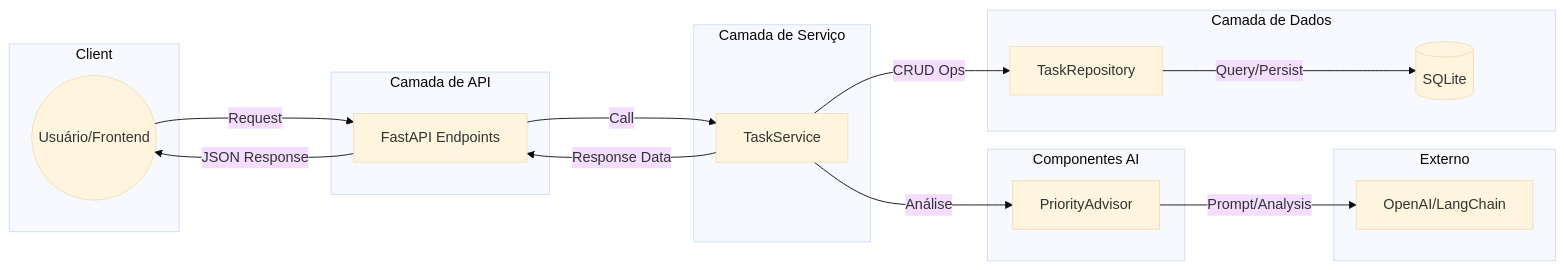
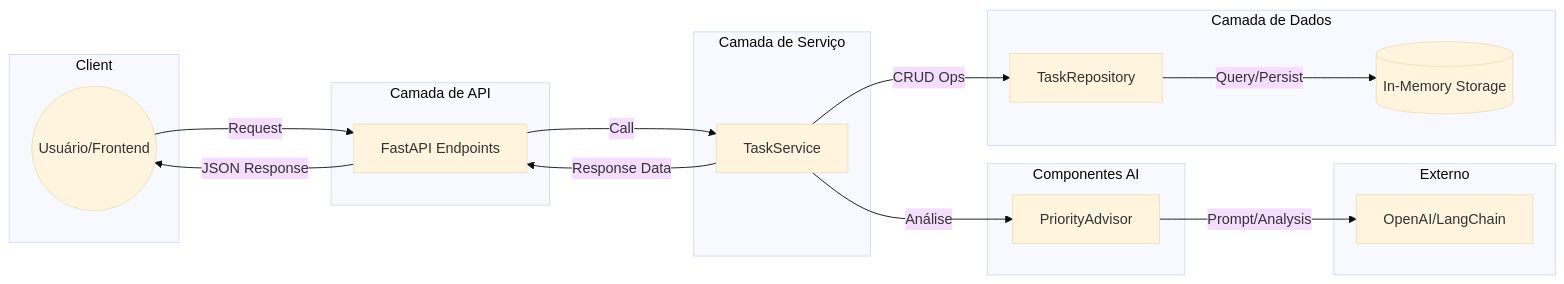
The diagram in docs/arquitetura.md (rodrigoferrazazevedo/ufg-todo-list), drawn with Mermaid (base theme) before and after one commit. The commit also changed other lines of this file and 2 other files, not shown here.

````diff
--- a/docs/arquitetura.md
+++ b/docs/arquitetura.md
@@ -5,40 +5,40 @@
 ```mermaid
 graph LR
     subgraph Client_Layer [Client]
         User((Usuário/Frontend))
     end
 
     subgraph API_Layer [Camada de API]
         Endpoints[FastAPI Endpoints]
     end
 
     subgraph Service_Layer [Camada de Serviço]
         TaskService[TaskService]
     end
 
     subgraph Component_Layer [Componentes AI]
         PriorityAdvisor[PriorityAdvisor]
     end
 
     subgraph Data_Layer [Camada de Dados]
         Repository[TaskRepository]
-        DB[(SQLite)]
+        Storage[(In-Memory Storage)]
     end
 
     subgraph External_Layer [Externo]
         LLM[OpenAI/LangChain]
     end
 
     %% Fluxos de Dados
     User -->|Request| Endpoints
     Endpoints -->|Call| TaskService
     
     TaskService -->|CRUD Ops| Repository
     TaskService -->|Análise| PriorityAdvisor
     
-    Repository -->|Query/Persist| DB
+    Repository -->|Query/Persist| Storage
     PriorityAdvisor -->|Prompt/Analysis| LLM
     
     TaskService -->|Response Data| Endpoints
     Endpoints -->|JSON Response| User
 ```
````
